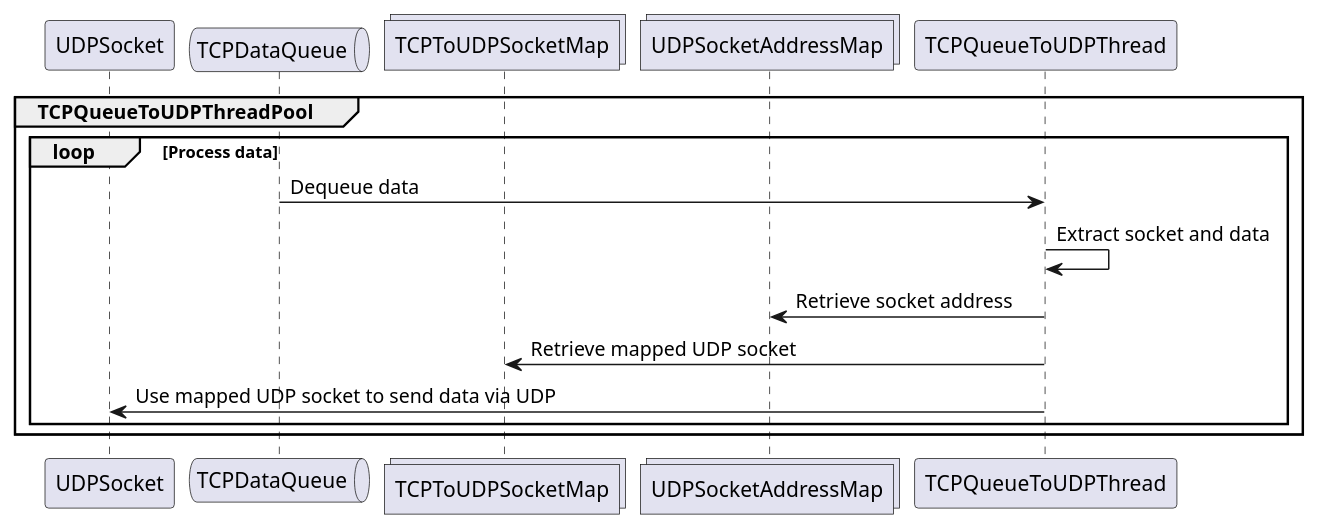
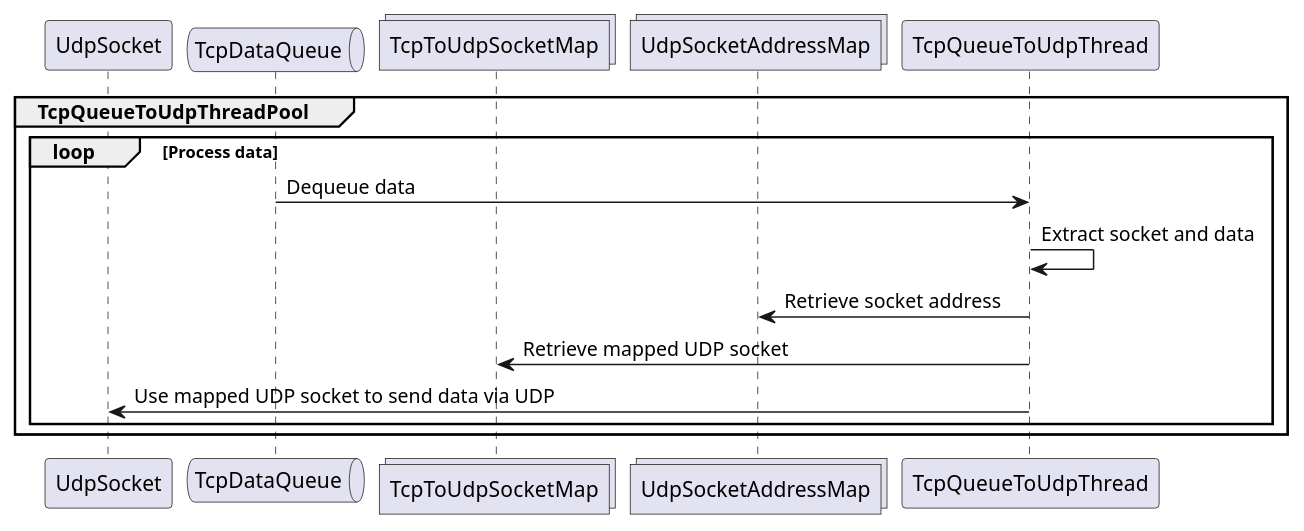
One commit to xiguichen/tcpudp changed the fourth of 6 diagrams in doc/server.md. Above: the diagram before and after it, drawn with PlantUML. The commit also changed other lines of this file and 17 other files, not shown here.

```diff
--- a/doc/server.md
+++ b/doc/server.md
@@ -76,17 +76,17 @@
 @startuml
-participant UDPSocket
-queue TCPDataQueue
-collections TCPToUDPSocketMap
-collections UDPSocketAddressMap
+participant UdpSocket
+queue TcpDataQueue
+collections TcpToUdpSocketMap
+collections UdpSocketAddressMap
 
-group TCPQueueToUDPThreadPool
+group TcpQueueToUdpThreadPool
     loop Process data
-        TCPDataQueue -> TCPQueueToUDPThread: Dequeue data
-        TCPQueueToUDPThread -> TCPQueueToUDPThread: Extract socket and data
-        TCPQueueToUDPThread -> UDPSocketAddressMap: Retrieve socket address
-        TCPQueueToUDPThread -> TCPToUDPSocketMap: Retrieve mapped UDP socket
-        TCPQueueToUDPThread -> UDPSocket: Use mapped UDP socket to send data via UDP
+        TcpDataQueue -> TcpQueueToUdpThread: Dequeue data
+        TcpQueueToUdpThread -> TcpQueueToUdpThread: Extract socket and data
+        TcpQueueToUdpThread -> UdpSocketAddressMap: Retrieve socket address
+        TcpQueueToUdpThread -> TcpToUdpSocketMap: Retrieve mapped UDP socket
+        TcpQueueToUdpThread -> UdpSocket: Use mapped UDP socket to send data via UDP
     end
 end
 
 @enduml
```
